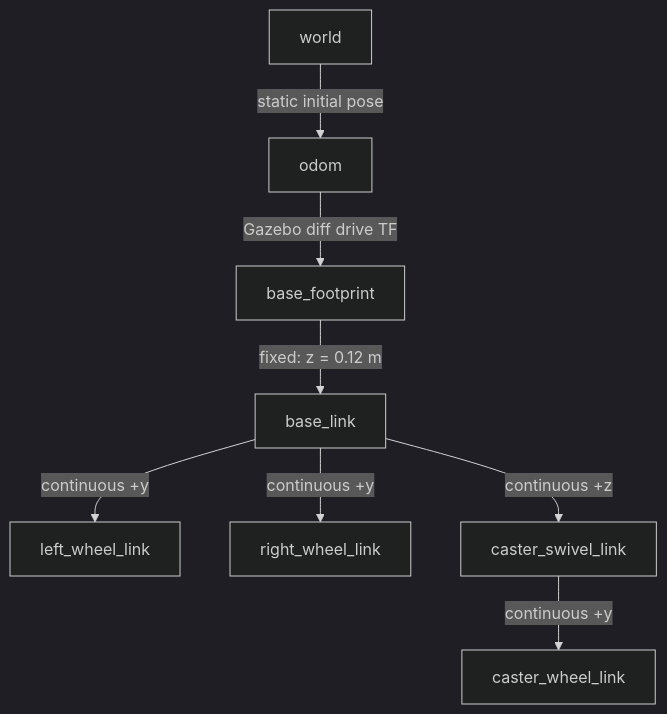
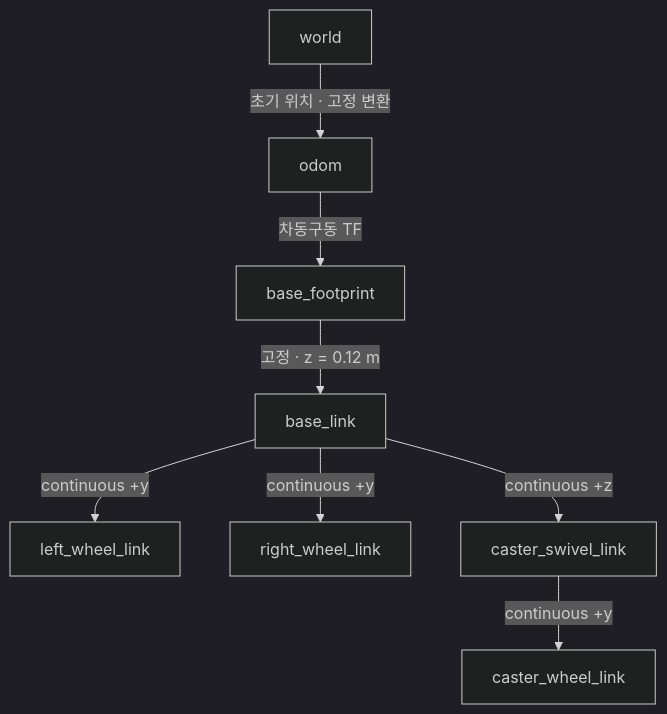
One commit to kimhoyun-robotair/robotics-sim-tutorial-kr changed the first of 2 diagrams in docs/03_diffbot.md. Above: the diagram before and after it, drawn with Mermaid (dark theme). The commit also changed other lines of this file and 66 other files, not shown here.

````diff
--- a/docs/03_diffbot.md
+++ b/docs/03_diffbot.md
@@ -81,10 +83,10 @@
 ```mermaid
 graph TD
-  W["world"] -->|"static initial pose"| O["odom"]
-  O -->|"Gazebo diff drive TF"| BF["base_footprint"]
-  BF -->|"fixed: z = 0.12 m"| B["base_link"]
+  W["world"] -->|"초기 위치 · 고정 변환"| O["odom"]
+  O -->|"차동구동 TF"| BF["base_footprint"]
+  BF -->|"고정 · z = 0.12 m"| B["base_link"]
   B -->|"continuous +y"| LW["left_wheel_link"]
   B -->|"continuous +y"| RW["right_wheel_link"]
   B -->|"continuous +z"| CS["caster_swivel_link"]
   CS -->|"continuous +y"| CW["caster_wheel_link"]
 ```
````
